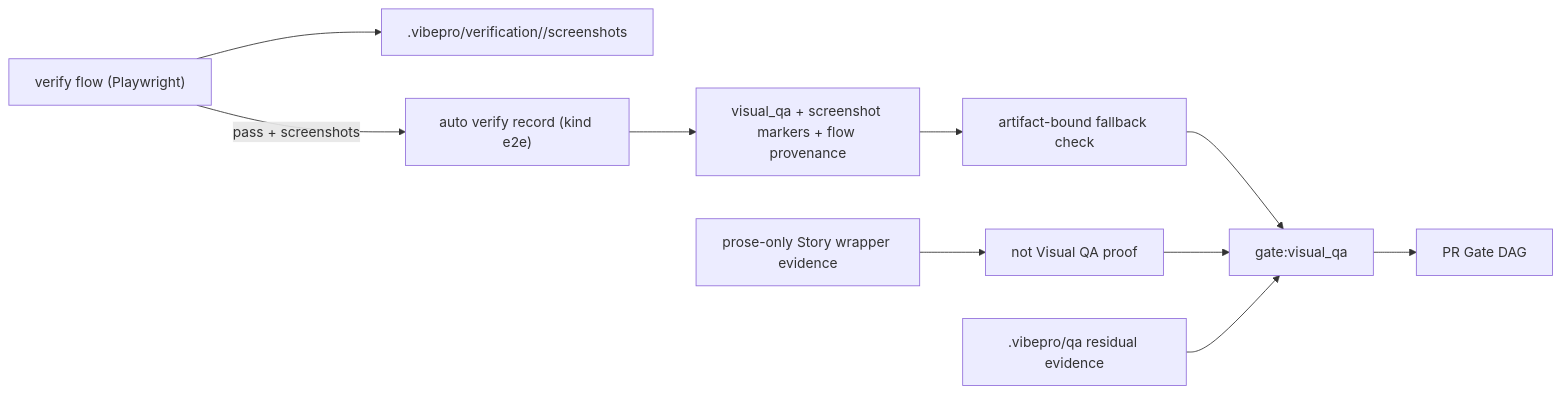
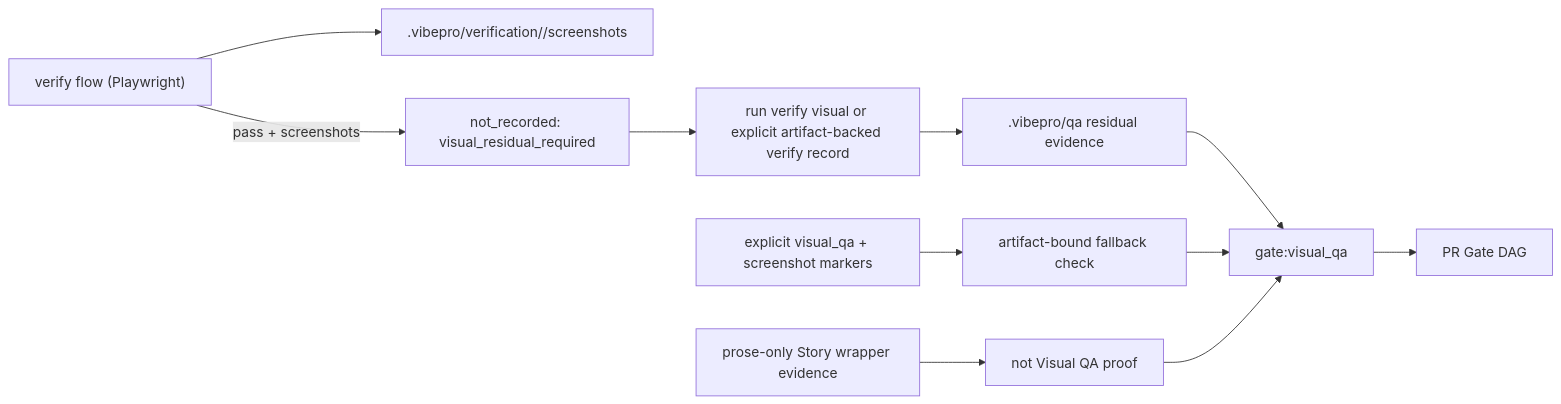
One commit to Unson-LLC/vibepro changed the diagram in docs/architecture/vibepro-flow-screenshot-visual-gate-bridge.md. Above: the diagram before and after it, drawn with Mermaid. The commit also changed other lines of this file and 3 other files, not shown here.

Commit message:
fix: align visual gate design lineage

````diff
--- a/docs/architecture/vibepro-flow-screenshot-visual-gate-bridge.md
+++ b/docs/architecture/vibepro-flow-screenshot-visual-gate-bridge.md
@@ -23,12 +23,13 @@
 ```mermaid
 flowchart LR
   Flow["verify flow (Playwright)"] --> Shots[".vibepro/verification/<run-id>/screenshots"]
-  Flow -->|"pass + screenshots"| Auto["auto verify record (kind e2e)"]
-  Auto --> Tokens["visual_qa + screenshot markers + flow provenance"]
-  Tokens --> Bound["artifact-bound fallback check"]
-  Bound --> Gate["gate:visual_qa"]
+  Flow -->|"pass + screenshots"| NotRecorded["not_recorded: visual_residual_required"]
+  NotRecorded --> ResidualPrompt["run verify visual or explicit artifact-backed verify record"]
+  ResidualPrompt --> Residual[".vibepro/qa residual evidence"]
+  Residual --> Gate["gate:visual_qa"]
+  Explicit["explicit visual_qa + screenshot markers"] --> Bound["artifact-bound fallback check"]
+  Bound --> Gate
   Prose["prose-only Story wrapper evidence"] --> Reject["not Visual QA proof"]
   Reject --> Gate
-  Residual[".vibepro/qa residual evidence"] --> Gate
   Gate --> PR["PR Gate DAG"]
 ```
````
